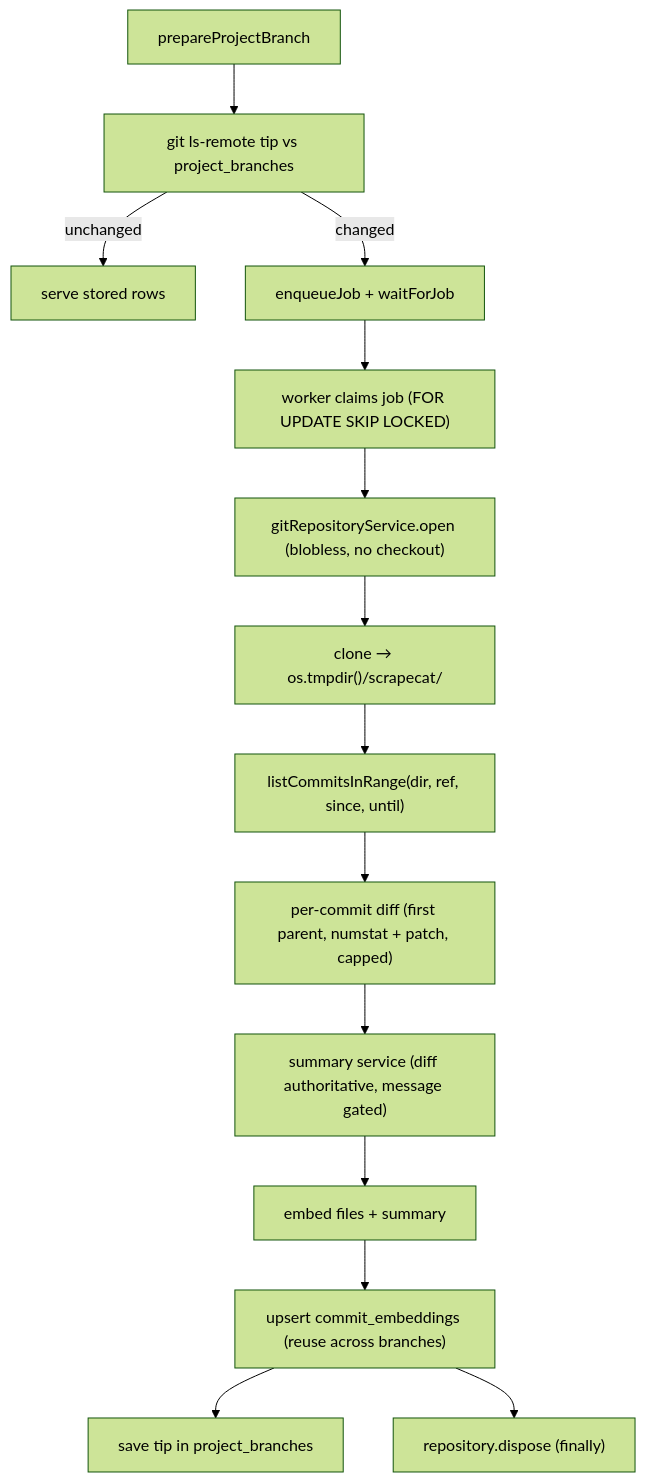
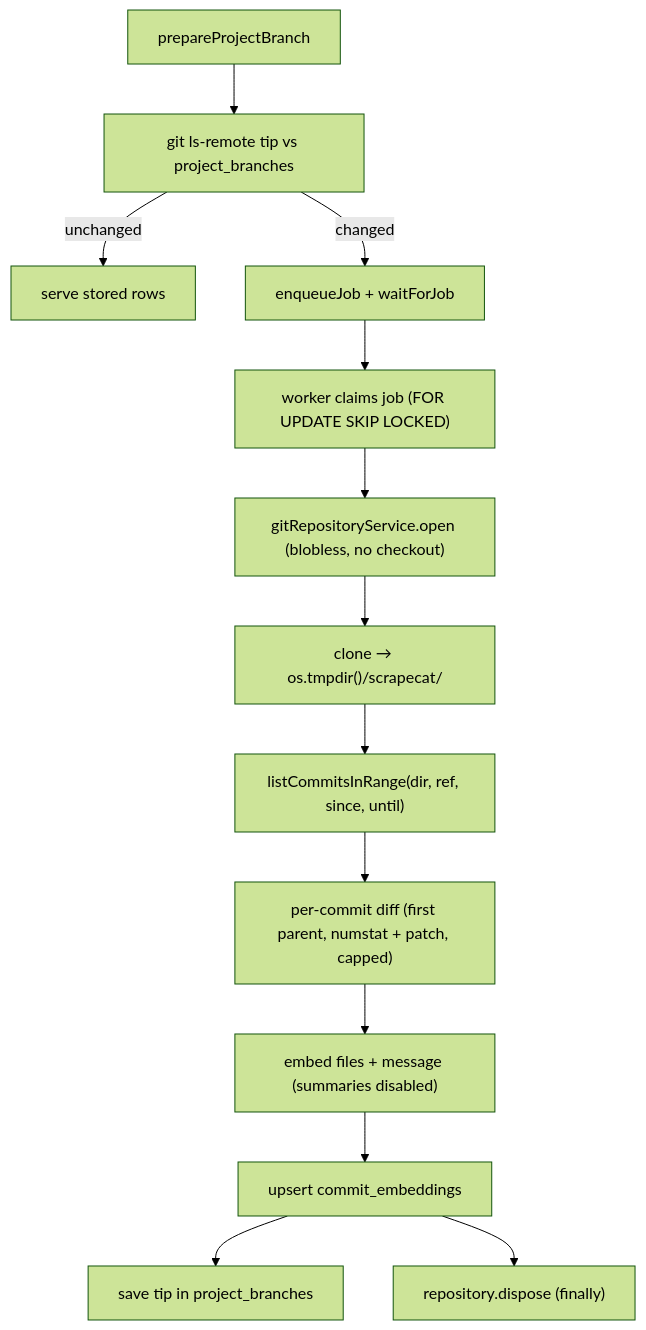
The fourth of 5 diagrams in docs/architecture.md (franciscoluna-28/Scrapecat), drawn with Mermaid (forest theme) before and after one commit. The commit also changed other lines of this file and 3 other files, not shown here.

First line of the commit message:
docs: document disabled summaries and message-based embeddings

````diff
--- a/docs/architecture.md
+++ b/docs/architecture.md
@@ -132,16 +132,15 @@
 ```mermaid
 flowchart TD
     P["prepareProjectBranch"] --> T["git ls-remote tip vs project_branches"]
     T -->|unchanged| C["serve stored rows"]
     T -->|changed| Q["enqueueJob + waitForJob"]
     Q --> W["worker claims job (FOR UPDATE SKIP LOCKED)"]
     W --> E["gitRepositoryService.open (blobless, no checkout)"]
     E --> G["clone → os.tmpdir()/scrapecat/<uuid>"]
     G --> R["listCommitsInRange(dir, ref, since, until)"]
     R --> S["per-commit diff (first parent, numstat + patch, capped)"]
-    S --> SUM["summary service (diff authoritative, message gated)"]
-    SUM --> EM["embed files + summary"]
-    EM --> U["upsert commit_embeddings (reuse across branches)"]
+    S --> EM["embed files + message (summaries disabled)"]
+    EM --> U["upsert commit_embeddings"]
     U --> ST["save tip in project_branches"]
     U --> D["repository.dispose (finally)"]
 ```
````
